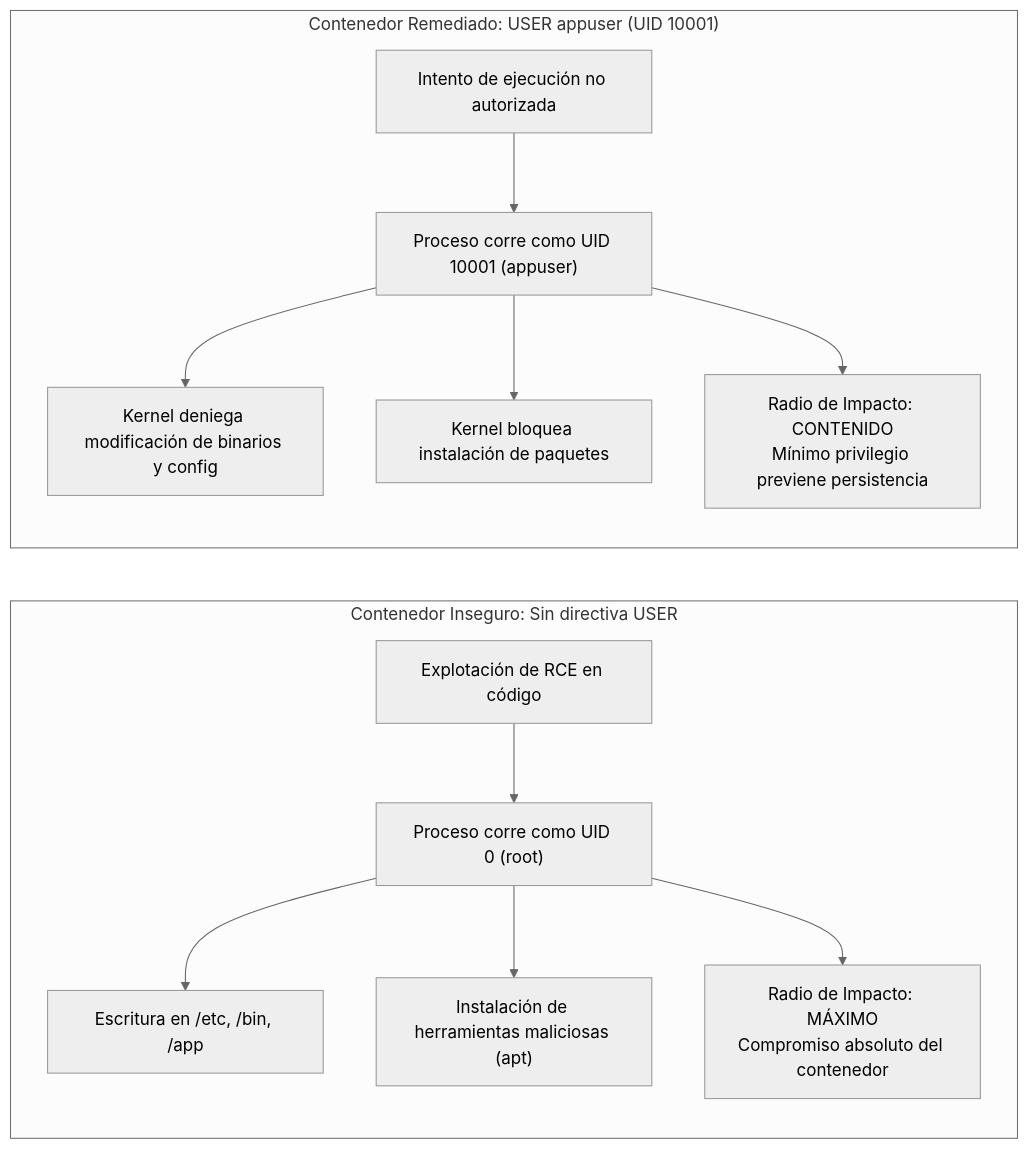
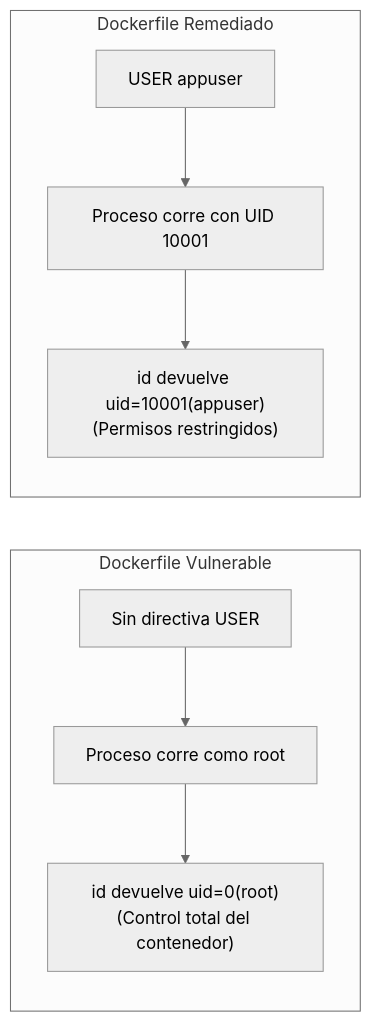
One commit to 02loveslollipop/opsdesk changed the sixth of 8 diagrams in README.md. Above: the diagram before and after it, drawn with Mermaid (neutral theme). The commit also changed other lines of this file, not shown here.

Commit message:
docs: simplify all Mermaid diagrams into direct, clean flowcharts

````diff
--- a/README.md
+++ b/README.md
@@ -431,16 +339,10 @@
 ```mermaid
 flowchart LR
-    subgraph RootExecution["Contenedor Inseguro: Sin directiva USER"]
-        RCE1["Explotación de RCE en código"] --> ProcRoot["Proceso corre como UID 0 (root)"]
-        ProcRoot --> FSWrite["Escritura en /etc, /bin, /app"]
-        ProcRoot --> PkgInstall["Instalación de herramientas maliciosas (apt)"]
-        ProcRoot --> MaxImpact["Radio de Impacto: MÁXIMO<br>Compromiso absoluto del contenedor"]
+    subgraph Inseguro["Dockerfile Vulnerable"]
+        A["Sin directiva USER"] --> B["Proceso corre como root"] --> C["id devuelve uid=0(root)<br>(Control total del contenedor)"]
     end
 
-    subgraph NonRootExecution["Contenedor Remediado: USER appuser (UID 10001)"]
-        RCE2["Intento de ejecución no autorizada"] --> ProcNonRoot["Proceso corre como UID 10001 (appuser)"]
-        ProcNonRoot --> DenyWrite["Kernel deniega modificación de binarios y config"]
-        ProcNonRoot --> DenyInstall["Kernel bloquea instalación de paquetes"]
-        ProcNonRoot --> MinImpact["Radio de Impacto: CONTENIDO<br>Mínimo privilegio previene persistencia"]
+    subgraph Seguro["Dockerfile Remediado"]
+        D["USER appuser"] --> E["Proceso corre con UID 10001"] --> F["id devuelve uid=10001(appuser)<br>(Permisos restringidos)"]
     end
 ```
````
